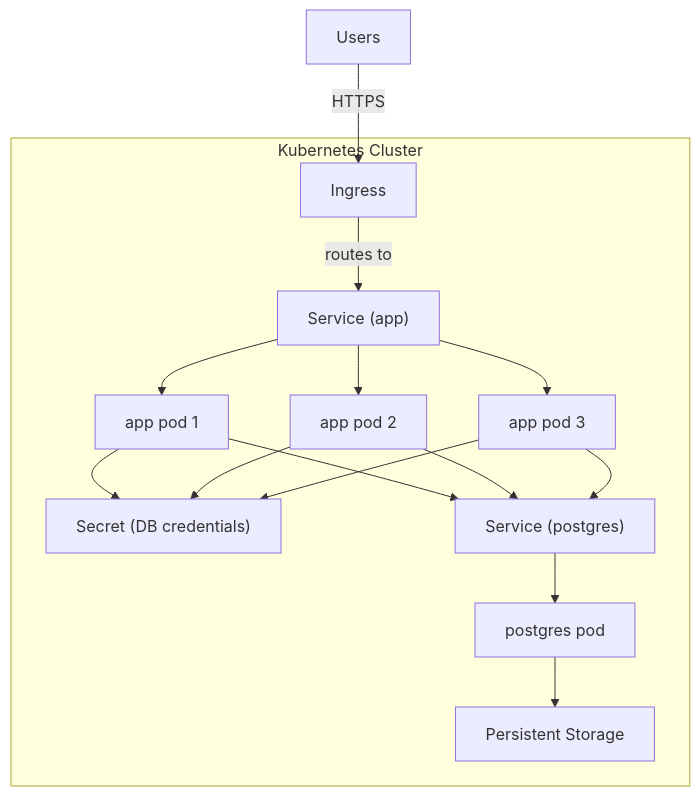
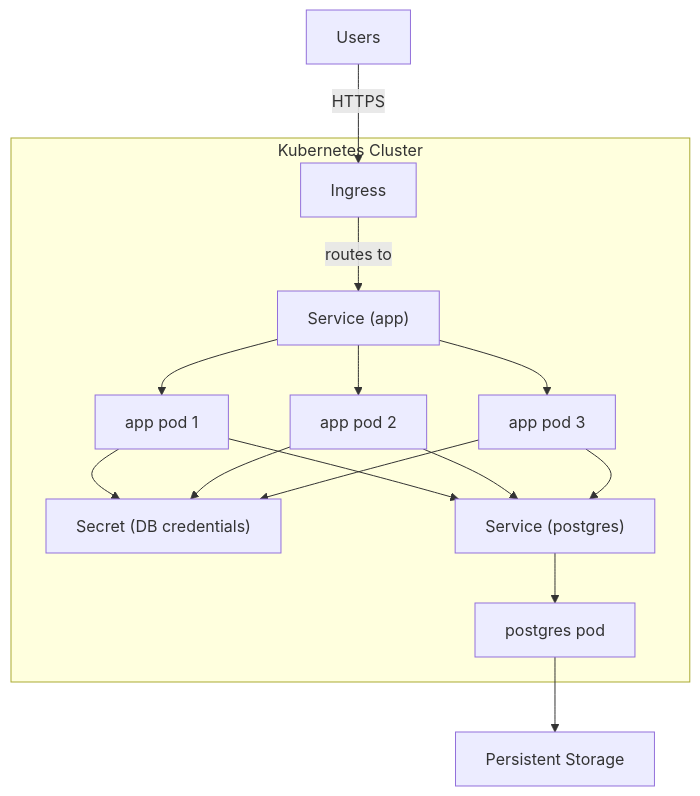
The diagram in final-architecture.md (kaplego/res507-2025-2026-work), drawn with Mermaid before and after one commit.

Commit message:
persistant sotrage external

````diff
--- a/final-architecture.md
+++ b/final-architecture.md
@@ -35,23 +35,23 @@
 ```mermaid
 graph TD
     Users -->|HTTPS| Ingress
 
     subgraph Kubernetes Cluster
         Ingress -->|routes to| AppService["Service (app)"]
 
         AppService --> Pod1["app pod 1"]
         AppService --> Pod2["app pod 2"]
         AppService --> Pod3["app pod 3"]
 
         Pod1 --> Secret["Secret (DB credentials)"]
         Pod2 --> Secret
         Pod3 --> Secret
 
         Pod1 --> DBService["Service (postgres)"]
         Pod2 --> DBService
         Pod3 --> DBService
 
         DBService --> PostgresPod["postgres pod"]
-        PostgresPod --> PVC["Persistent Storage"]
     end
+    PostgresPod --> PVC["Persistent Storage"]
 ```
````
